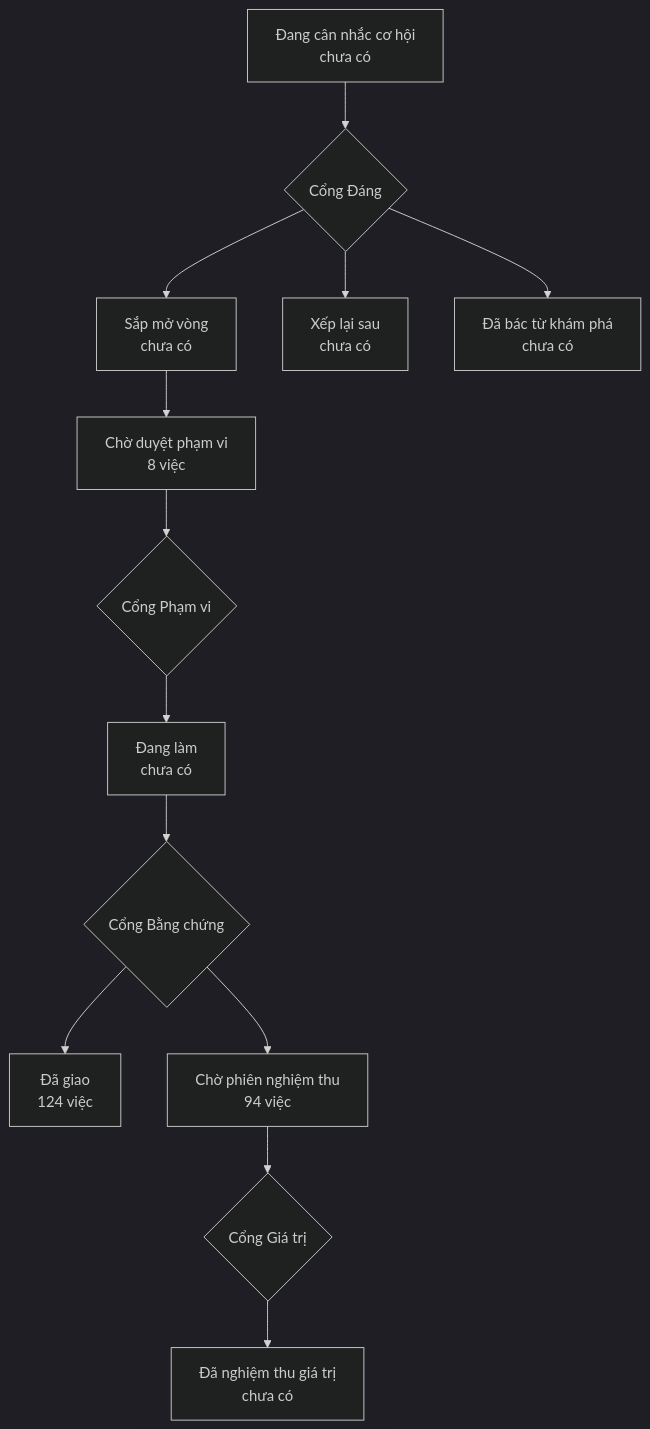
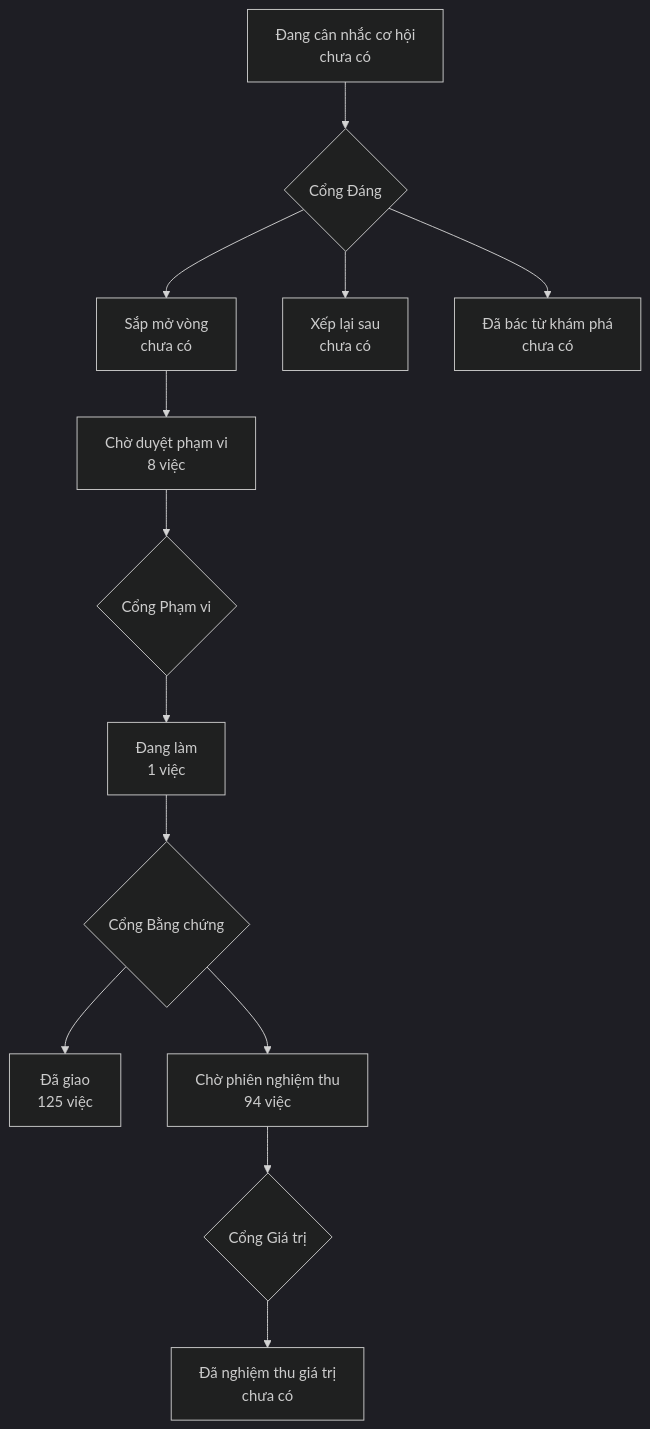
The diagram in PRODUCT-MAP.md (phanlemanh/onehub-invest), drawn with Mermaid (dark theme) before and after one commit. The commit also changed other lines of this file and 3 other files, not shown here.

````diff
--- a/PRODUCT-MAP.md
+++ b/PRODUCT-MAP.md
@@ -7,12 +7,12 @@
 ```mermaid
 flowchart TD
   A["Đang cân nhắc cơ hội<br/>chưa có"] --> GD{"Cổng Đáng"}
   GD --> B["Sắp mở vòng<br/>chưa có"]
   GD --> XL["Xếp lại sau<br/>chưa có"]
   GD --> DB["Đã bác từ khám phá<br/>chưa có"]
   B --> CD["Chờ duyệt phạm vi<br/>8 việc"] --> GP{"Cổng Phạm vi"}
-  GP --> DL["Đang làm<br/>chưa có"] --> GB{"Cổng Bằng chứng"}
-  GB --> DG["Đã giao<br/>124 việc"]
+  GP --> DL["Đang làm<br/>1 việc"] --> GB{"Cổng Bằng chứng"}
+  GB --> DG["Đã giao<br/>125 việc"]
   GB --> CN["Chờ phiên nghiệm thu<br/>94 việc"] --> GG{"Cổng Giá trị"}
   GG --> NT["Đã nghiệm thu giá trị<br/>chưa có"]
 ```
````
